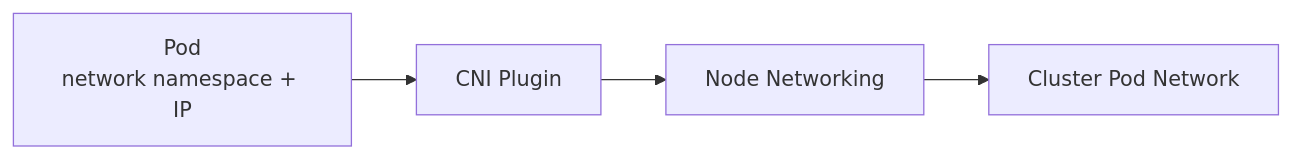
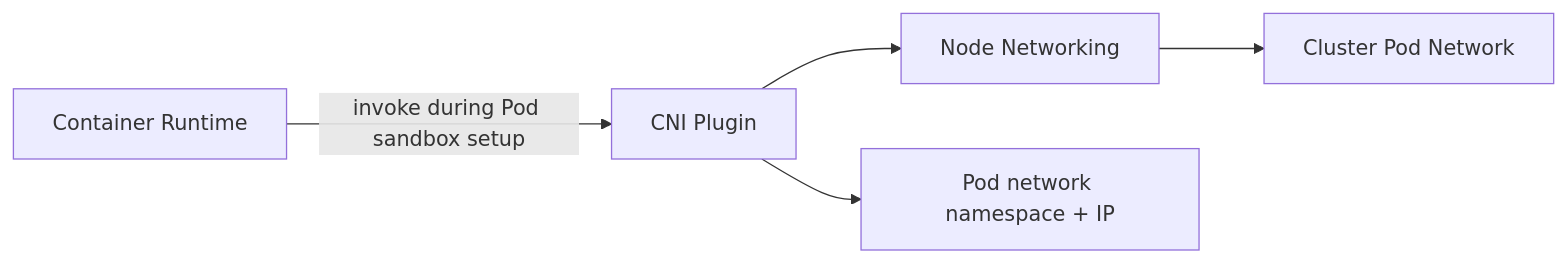
The ninth of 22 diagrams in kubernetes-architecture-and-communication-flow.md (karthikreddy432/CKAD), drawn with Mermaid before and after one commit. The commit also changed other lines of this file and 13 other files, not shown here.

````diff
--- a/kubernetes-architecture-and-communication-flow.md
+++ b/kubernetes-architecture-and-communication-flow.md
@@ -495,11 +492,13 @@
 ```mermaid
 flowchart LR
-    Pod["Pod<br/>network namespace + IP"]
+    Runtime["Container Runtime"]
     CNI["CNI Plugin"]
     Node["Node Networking"]
+    Pod["Pod network namespace + IP"]
     Cluster["Cluster Pod Network"]
 
-    Pod --> CNI
+    Runtime -->|"invoke during Pod sandbox setup"| CNI
     CNI --> Node
     Node --> Cluster
+    CNI --> Pod
 ```
````
